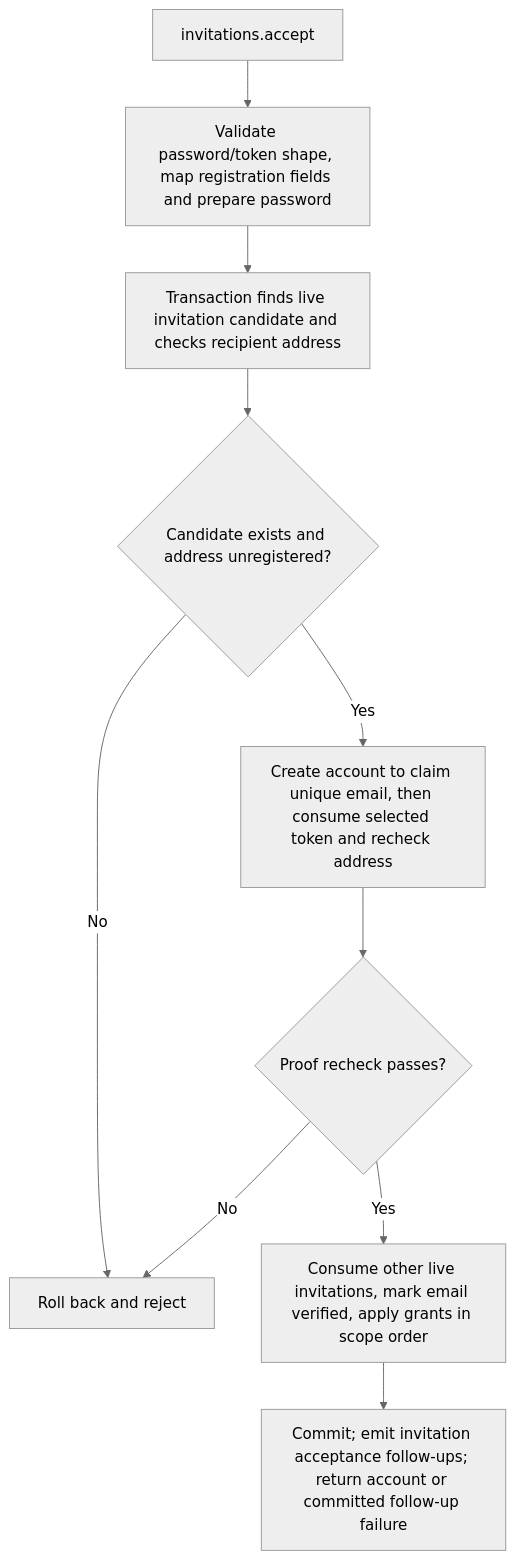
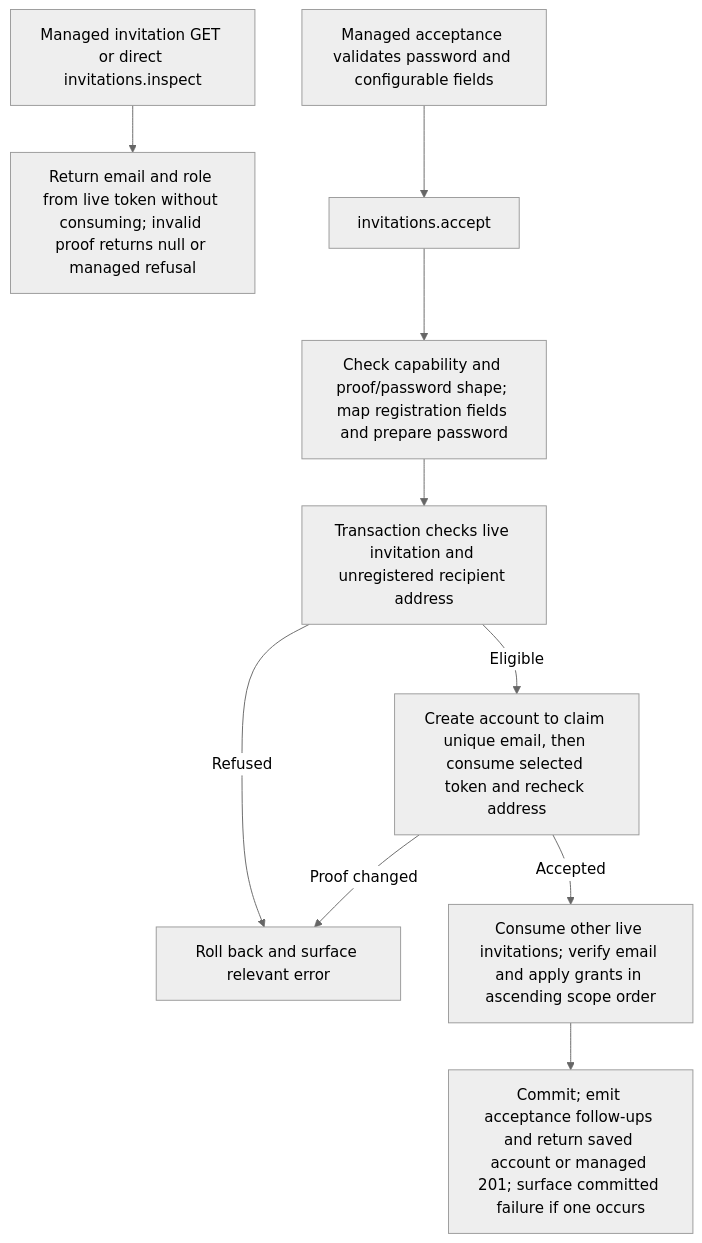
The second of 2 diagrams in user-stories/US-ACCOUNT-09-accept-invitation.md (Kevinjohn/oss-adonisjs-account-kit), drawn with Mermaid (neutral theme) before and after one commit. The commit also changed other lines of this file and 70 other files, not shown here.

````diff
--- a/user-stories/US-ACCOUNT-09-accept-invitation.md
+++ b/user-stories/US-ACCOUNT-09-accept-invitation.md
@@ -33,12 +34,12 @@
 ```mermaid
 flowchart TD
- A["invitations.accept"] --> B["Validate password/token shape, map registration fields and prepare password"]
- B --> C["Transaction finds live invitation candidate and checks recipient address"]
- C --> D{"Candidate exists and address unregistered?"}
- D -->|No| E["Roll back and reject"]
- D -->|Yes| F["Create account to claim unique email, then consume selected token and recheck address"]
- F --> P{"Proof recheck passes?"}
- P -->|No| E
- P -->|Yes| G["Consume other live invitations, mark email verified, apply grants in scope order"]
- G --> H["Commit; emit invitation acceptance follow-ups; return account or committed follow-up failure"]
+  P0["Managed invitation GET or direct invitations.inspect"] --> P1["Return email and role from live token without consuming; invalid proof returns null or managed refusal"]
+  M["Managed acceptance validates password and configurable fields"] --> A["invitations.accept"]
+  A --> B["Check capability and proof/password shape; map registration fields and prepare password"]
+  B --> C["Transaction checks live invitation and unregistered recipient address"]
+  C -->|Refused| E["Roll back and surface relevant error"]
+  C -->|Eligible| F["Create account to claim unique email, then consume selected token and recheck address"]
+  F -->|Proof changed| E
+  F -->|Accepted| G["Consume other live invitations; verify email and apply grants in ascending scope order"]
+  G --> H["Commit; emit acceptance follow-ups and return saved account or managed 201; surface committed failure if one occurs"]
 ```
````
